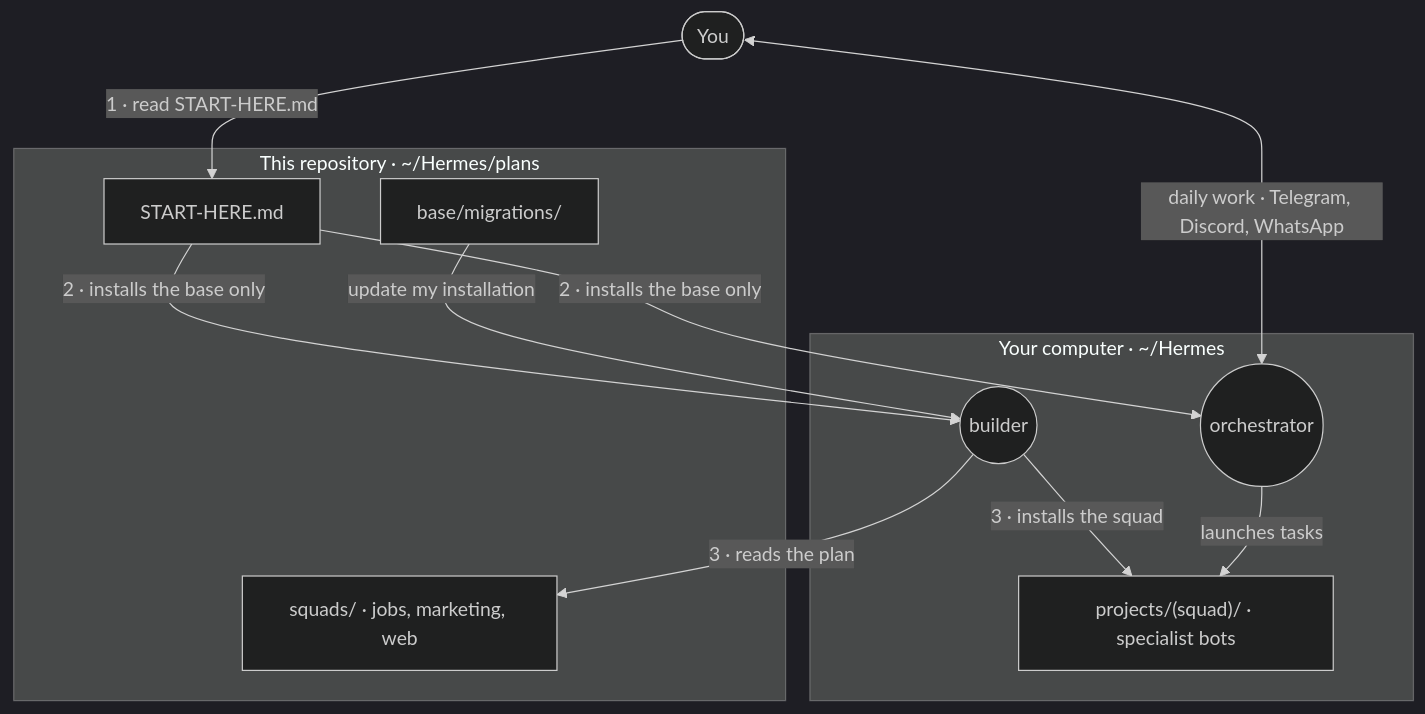
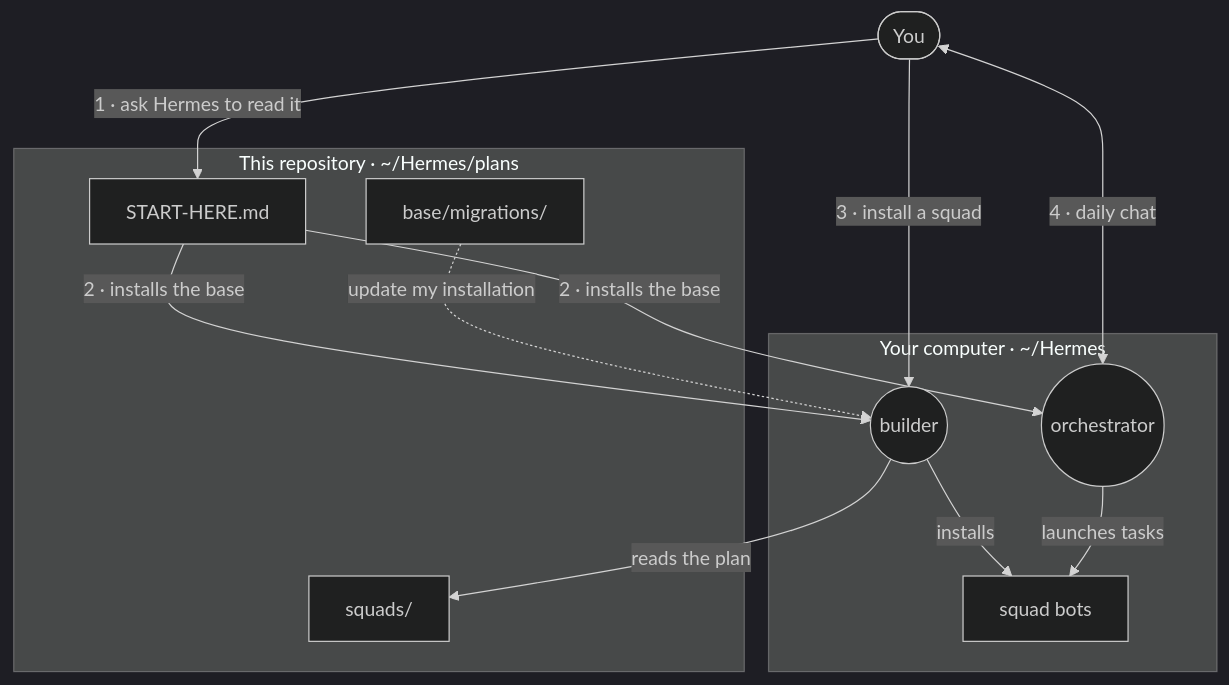
Before and after one commit to PuntoyComaTech/hermes-agent-squads: the first of 2 diagrams in README.md, drawn with Mermaid (dark theme). The commit also changed other lines of this file and 8 other files, not shown here.

First line of the commit message:
fix(web): verified quality-gate configs + visible work in progress (#10)

````diff
--- a/README.md
+++ b/README.md
@@ -14,22 +14,23 @@
 ```mermaid
 flowchart TB
     U([You])
-    subgraph repo["This repository · ~/Hermes/plans"]
+    subgraph plans["This repository · ~/Hermes/plans"]
         SH["START-HERE.md"]
-        SQ["squads/ · jobs, marketing, web"]
-        M["base/migrations/"]
+        SQ["squads/"]
+        MG["base/migrations/"]
     end
-    subgraph pc["Your computer · ~/Hermes"]
+    subgraph home["Your computer · ~/Hermes"]
         O(("orchestrator"))
-        BU(("builder"))
-        P["projects/(squad)/ · specialist bots"]
+        B(("builder"))
+        P["squad bots"]
     end
-    U -->|"1 · read START-HERE.md"| SH
-    SH -->|"2 · installs the base only"| O
-    SH -->|"2 · installs the base only"| BU
-    BU -->|"3 · reads the plan"| SQ
-    BU -->|"3 · installs the squad"| P
-    M -->|"update my installation"| BU
-    U <-->|"daily work · Telegram, Discord, WhatsApp"| O
+    U -->|"1 · ask Hermes to read it"| SH
+    SH -->|"2 · installs the base"| O
+    SH -->|"2 · installs the base"| B
+    U -->|"3 · install a squad"| B
+    B -->|"reads the plan"| SQ
+    B -->|"installs"| P
+    MG -.->|"update my installation"| B
+    U <-->|"4 · daily chat"| O
     O -->|"launches tasks"| P
 ```
````
